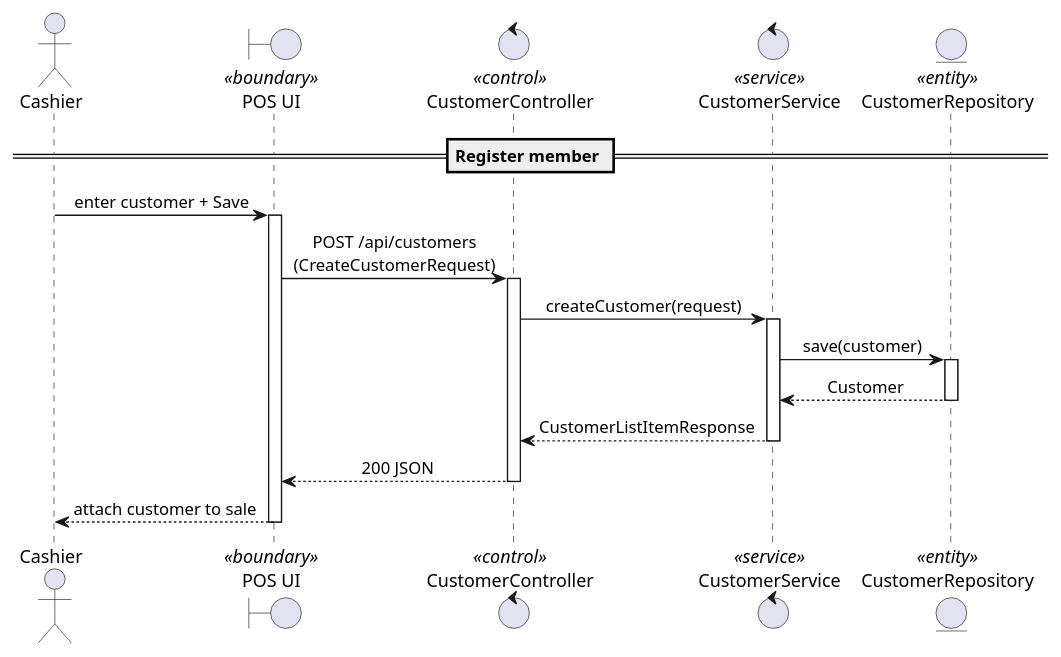
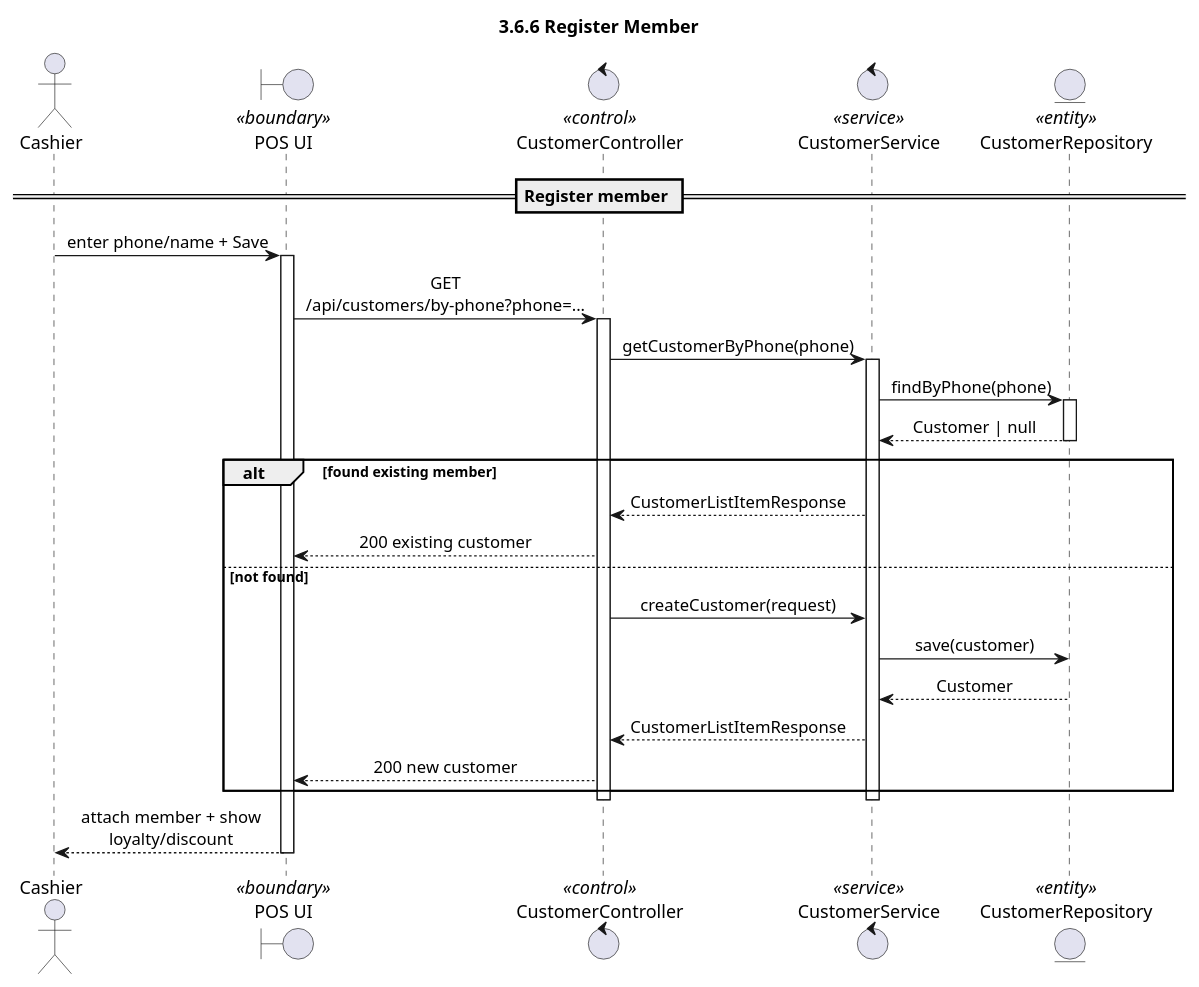
One commit to QuyQuy123/supermarket changed the diagram in docs/sequences/3-6-05-register-member.puml. Above: the diagram before and after it, drawn with PlantUML. The commit also changed 11 other files, not shown here.

```diff
--- a/docs/sequences/3-6-05-register-member.puml
+++ b/docs/sequences/3-6-05-register-member.puml
@@ -1,34 +1,42 @@
 @startuml
 skinparam shadowing false
 skinparam responseMessageBelowArrow true
 skinparam sequenceMessageAlign center
 skinparam maxMessageSize 180
 skinparam sequenceParticipant underline false
 skinparam stereotypePosition top
-
+title 3.6.6 Register Member
 
 actor "Cashier" as C
 boundary "POS UI" as UI <<boundary>>
 control "CustomerController" as CC <<control>>
 control "CustomerService" as S <<service>>
 entity "CustomerRepository" as R <<entity>>
 
 == Register member ==
-C -> UI: enter customer + Save
+C -> UI: enter phone/name + Save
 activate UI
-UI -> CC: POST /api/customers\n(CreateCustomerRequest)
+UI -> CC: GET /api/customers/by-phone?phone=...
 activate CC
-CC -> S: createCustomer(request)
+CC -> S: getCustomerByPhone(phone)
 activate S
-S -> R: save(customer)
+S -> R: findByPhone(phone)
 activate R
-R --> S: Customer
+R --> S: Customer | null
 deactivate R
-S --> CC: CustomerListItemResponse
+alt found existing member
+  S --> CC: CustomerListItemResponse
+  CC --> UI: 200 existing customer
+else not found
+  CC -> S: createCustomer(request)
+  S -> R: save(customer)
+  R --> S: Customer
+  S --> CC: CustomerListItemResponse
+  CC --> UI: 200 new customer
+end
 deactivate S
-CC --> UI: 200 JSON
 deactivate CC
-UI --> C: attach customer to sale
+UI --> C: attach member + show loyalty/discount
 deactivate UI
 
 @enduml
```
